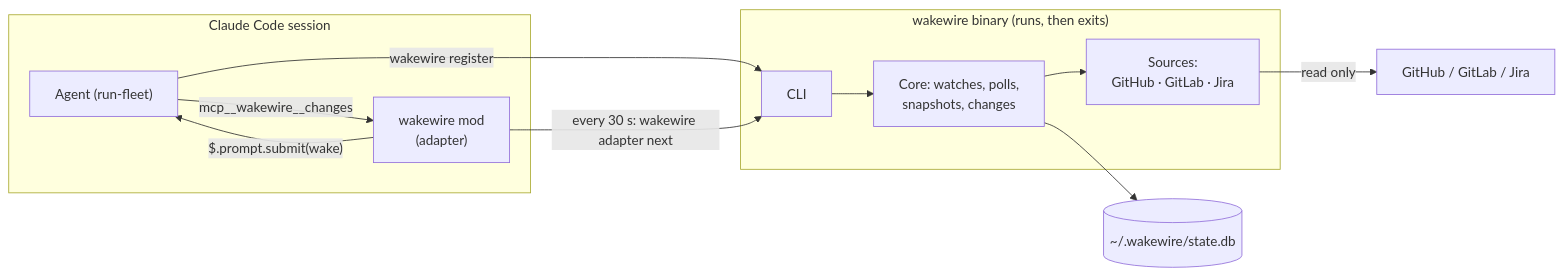
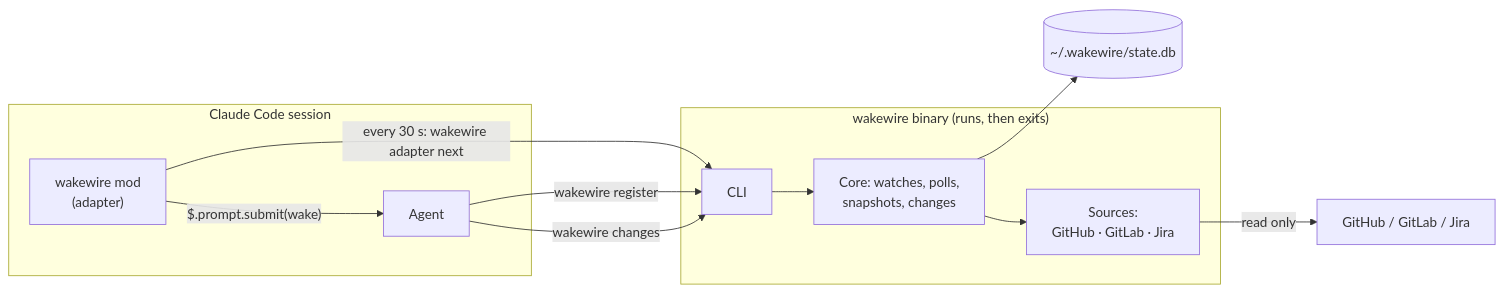
Before and after one commit to gperezmz/wakewire: the first of 3 diagrams in docs/explanation/how-wakewire-works.md, drawn with Mermaid. The commit also changed other lines of this file and 106 other files, not shown here.

First line of the commit message:
feat!: make the CLI an agent interface (AXI)

````diff
--- a/docs/explanation/how-wakewire-works.md
+++ b/docs/explanation/how-wakewire-works.md
@@ -8,23 +8,23 @@
 ```mermaid
 flowchart LR
   subgraph Session["Claude Code session"]
-    Agent["Agent (run-fleet)"]
+    Agent["Agent"]
     Mod["wakewire mod<br/>(adapter)"]
   end
   subgraph Binary["wakewire binary (runs, then exits)"]
     CLI["CLI"]
     Core["Core: watches, polls,<br/>snapshots, changes"]
     Sources["Sources:<br/>GitHub · GitLab · Jira"]
   end
   State[("~/.wakewire/state.db")]
   Services["GitHub / GitLab / Jira"]
 
   Agent -- "wakewire register" --> CLI
   Mod -- "every 30 s: wakewire adapter next" --> CLI
   Mod -- "$.prompt.submit(wake)" --> Agent
-  Agent -- "mcp__wakewire__changes" --> Mod
+  Agent -- "wakewire changes" --> CLI
   CLI --> Core
   Core --> State
   Core --> Sources
   Sources -- "read only" --> Services
 ```
````
